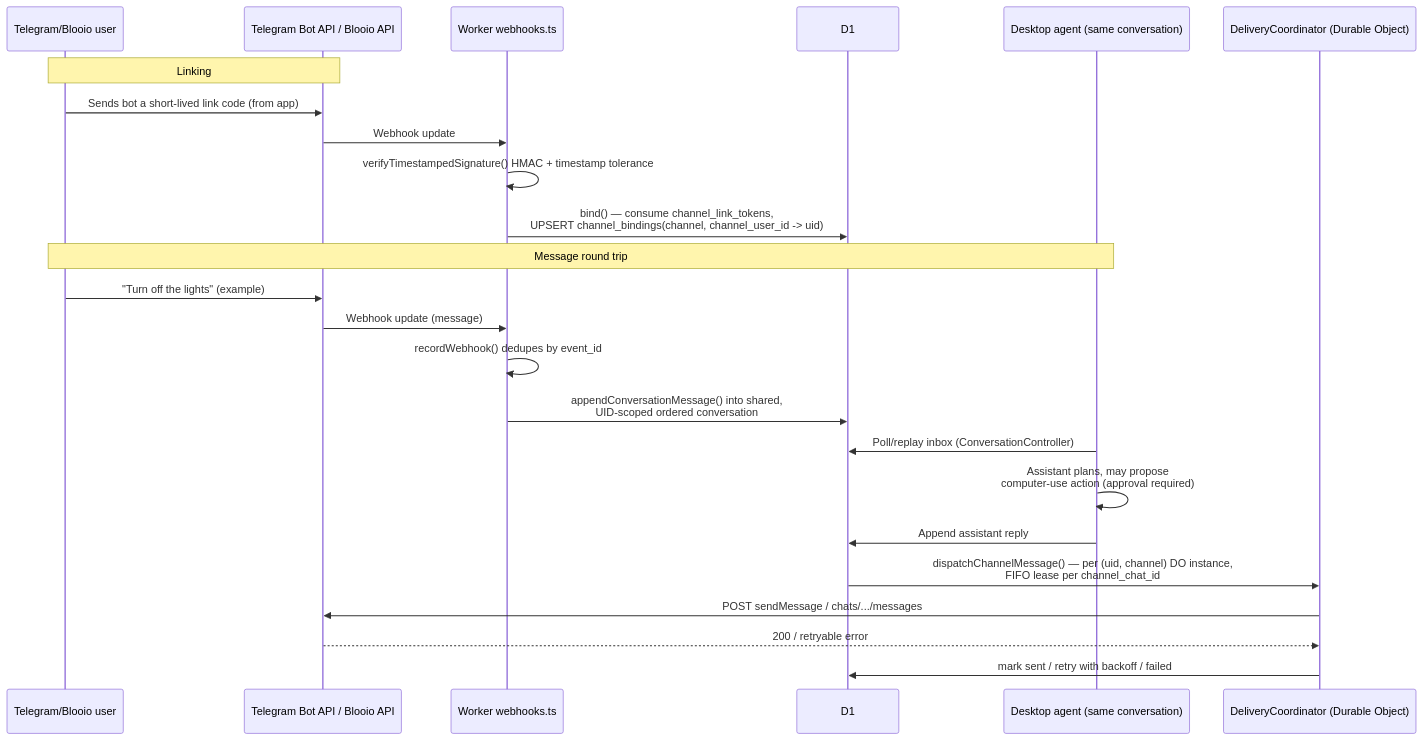
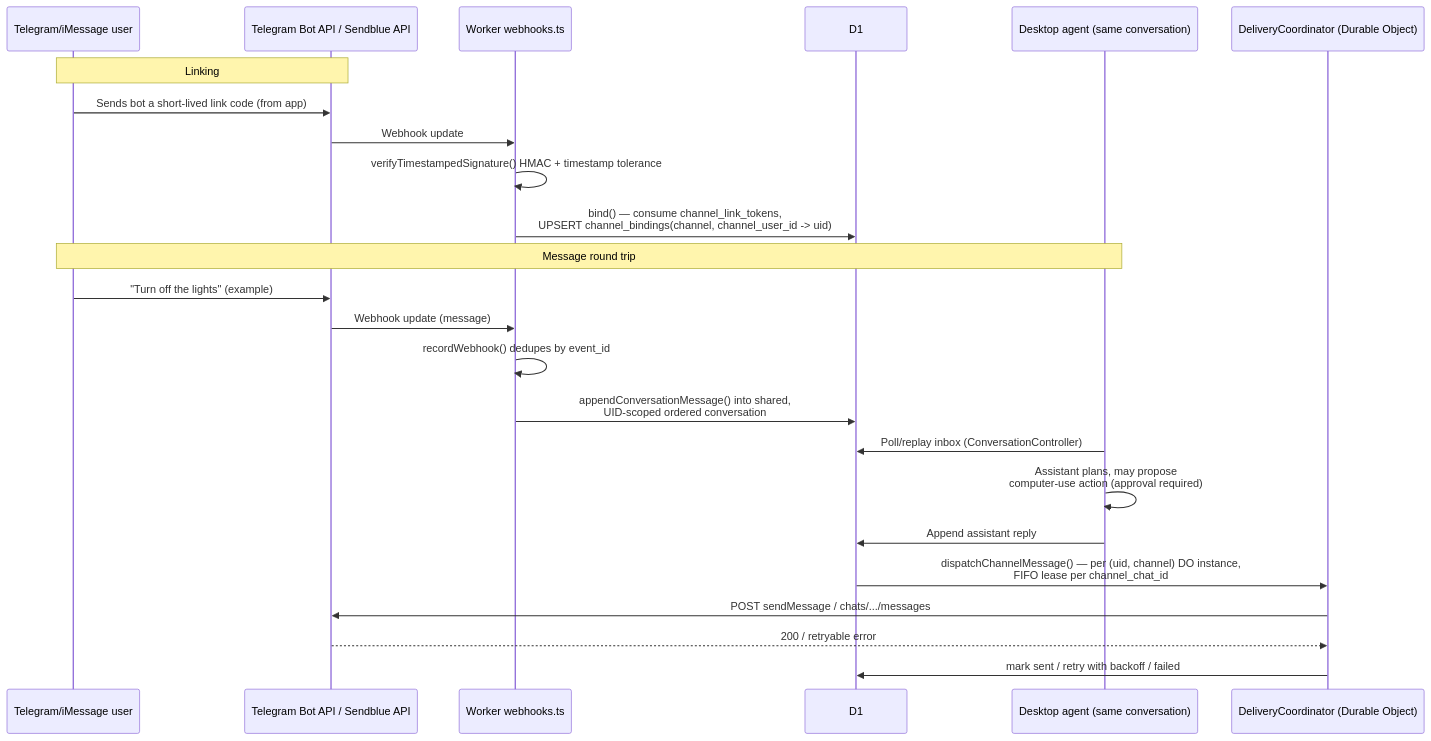
Before and after one commit to undivisible/omi-v4: the ninth of 14 diagrams in ARCHITECTURE.md, drawn with Mermaid. The commit also changed other lines of this file and 46 other files, not shown here.

First line of the commit message:
Rename iMessage channel id from blooio to imessage.

````diff
--- a/ARCHITECTURE.md
+++ b/ARCHITECTURE.md
@@ -306,28 +306,28 @@
 ```mermaid
 sequenceDiagram
-    participant TGU as Telegram/Blooio user
-    participant Provider as Telegram Bot API / Blooio API
+    participant TGU as Telegram/iMessage user
+    participant Provider as Telegram Bot API / Sendblue API
     participant Hook as Worker webhooks.ts
     participant D1 as D1
     participant Desktop as Desktop agent (same conversation)
     participant Coord as DeliveryCoordinator (Durable Object)
 
     Note over TGU,Provider: Linking
     TGU->>Provider: Sends bot a short-lived link code (from app)
     Provider->>Hook: Webhook update
     Hook->>Hook: verifyTimestampedSignature() HMAC + timestamp tolerance
     Hook->>D1: bind() — consume channel_link_tokens,<br/>UPSERT channel_bindings(channel, channel_user_id -> uid)
 
     Note over TGU,Desktop: Message round trip
     TGU->>Provider: "Turn off the lights" (example)
     Provider->>Hook: Webhook update (message)
     Hook->>Hook: recordWebhook() dedupes by event_id
     Hook->>D1: appendConversationMessage() into shared,<br/>UID-scoped ordered conversation
     Desktop->>D1: Poll/replay inbox (ConversationController)
     Desktop->>Desktop: Assistant plans, may propose<br/>computer-use action (approval required)
     Desktop->>D1: Append assistant reply
     D1->>Coord: dispatchChannelMessage() — per (uid, channel) DO instance,<br/>FIFO lease per channel_chat_id
     Coord->>Provider: POST sendMessage / chats/.../messages
     Provider-->>Coord: 200 / retryable error
     Coord->>D1: mark sent / retry with backoff / failed
 ```
````
